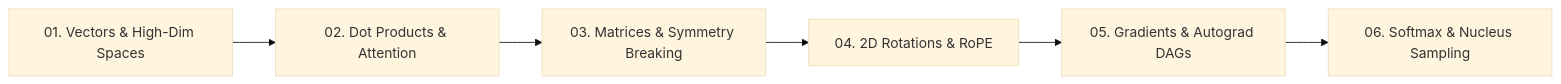
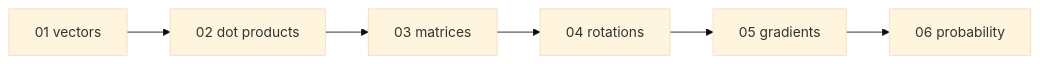
Before and after one commit to azusachino/harus-blog: the second of 2 diagrams in docs/tech/series/math-for-ai/06.probability-and-sampling.md, drawn with Mermaid (base theme). The commit also changed other lines of this file and 11 other files, not shown here.

````diff
--- a/docs/tech/series/math-for-ai/06.probability-and-sampling.md
+++ b/docs/tech/series/math-for-ai/06.probability-and-sampling.md
@@ -249,8 +146,8 @@
 ```mermaid
 flowchart LR
-    A["01. Vectors & High-Dim Spaces"] --> B["02. Dot Products & Attention"]
-    B --> C["03. Matrices & Symmetry Breaking"]
-    C --> D["04. 2D Rotations & RoPE"]
-    D --> E["05. Gradients & Autograd DAGs"]
-    E --> F["06. Softmax & Nucleus Sampling"]
+    A["01 vectors"] --> B["02 dot products"]
+    B --> C["03 matrices"]
+    C --> D["04 rotations"]
+    D --> E["05 gradients"]
+    E --> F["06 probability"]
 ```
````
